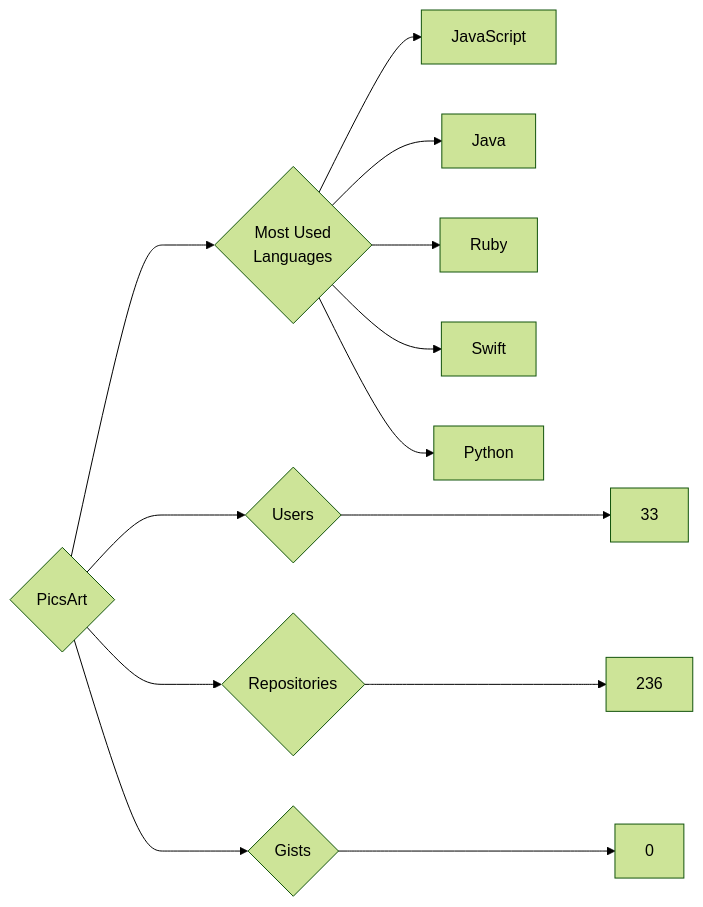
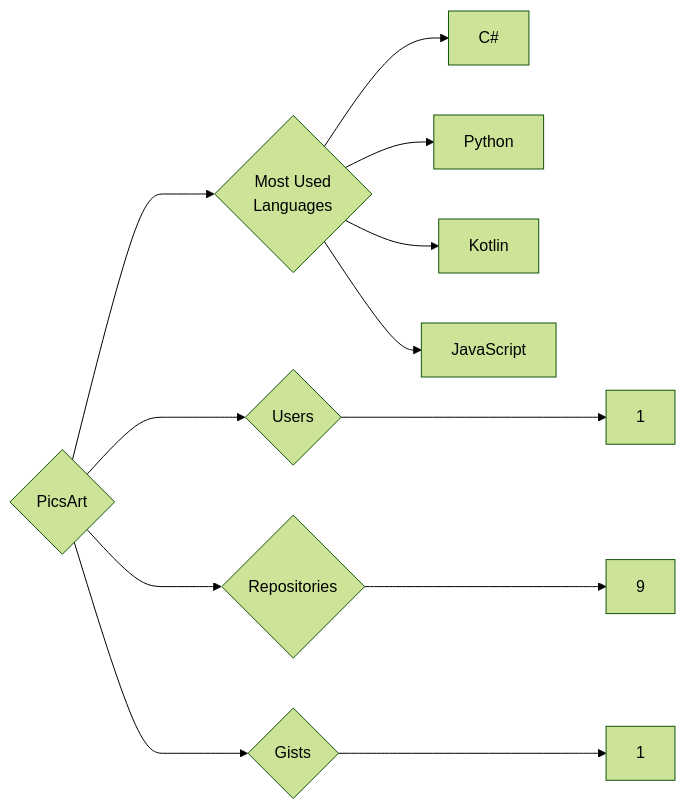
Before and after one commit to trickest/insiders: the diagram in targets/PicsArt/README.md, drawn with Mermaid (forest theme). The commit also changed 997 other files, not shown here.

````diff
--- a/targets/PicsArt/README.md
+++ b/targets/PicsArt/README.md
@@ -3,13 +3,12 @@
 ```mermaid
 graph LR
 COMPANY_NAME{PicsArt}
-COMPANY_NAME ---> U{Users} ---> UN[33]
-COMPANY_NAME ---> R{Repositories} ---> RN[236]
-COMPANY_NAME ---> G{Gists} ---> GN[0]
+COMPANY_NAME ---> U{Users} ---> UN[1]
+COMPANY_NAME ---> R{Repositories} ---> RN[9]
+COMPANY_NAME ---> G{Gists} ---> GN[1]
 COMPANY_NAME ---> ML{Most Used<br>Languages}
-ML --> JavaScript
-ML --> Java
-ML --> Ruby
-ML --> Swift
-ML --> Python
+ML --> C#[C#]
+ML --> Python[Python]
+ML --> Kotlin[Kotlin]
+ML --> JavaScript[JavaScript]
 ```
````
